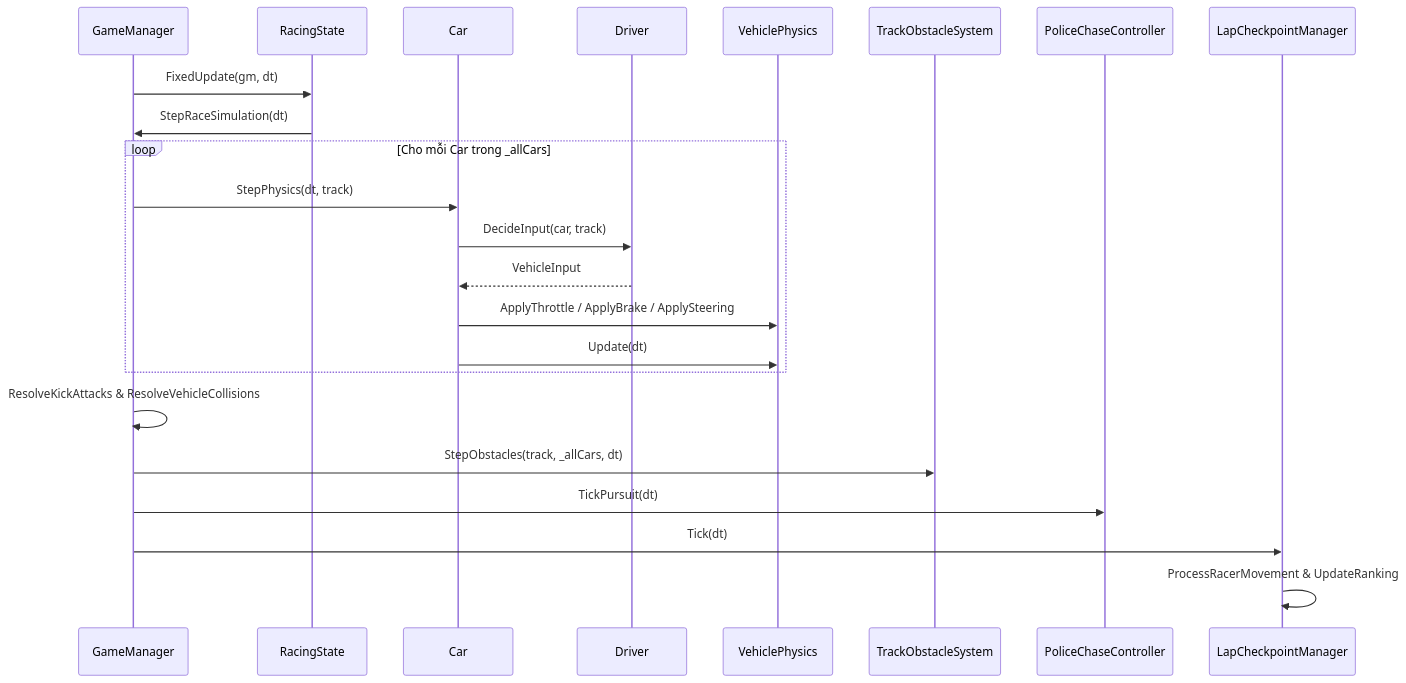
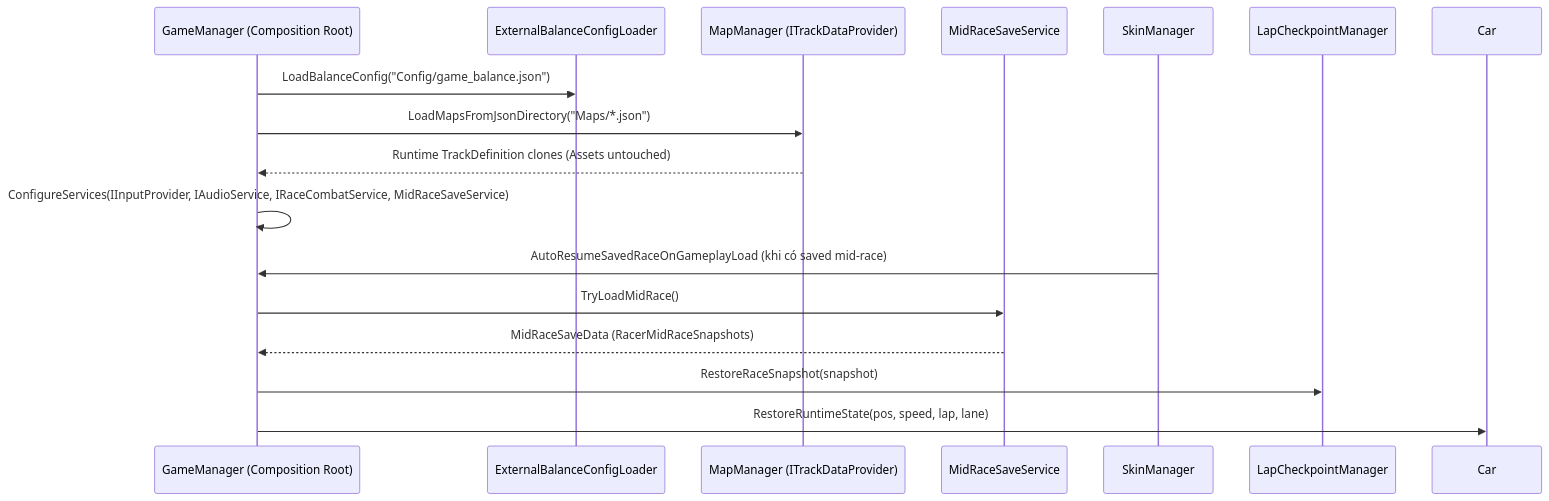
The third of 5 diagrams in Docs/TONG_HOP_THONG_TIN_SLIDE.md (tuongduongd/racing_2d), drawn with Mermaid before and after one commit. The commit also changed other lines of this file and 119 other files, not shown here.

Commit message:
feat(arch): extract pure C# core, add JSON data, mid-race save and synthwave BGM

````diff
--- a/Docs/TONG_HOP_THONG_TIN_SLIDE.md
+++ b/Docs/TONG_HOP_THONG_TIN_SLIDE.md
@@ -379,26 +279,19 @@
 ```mermaid
 sequenceDiagram
-    participant GM as GameManager
-    participant State as RacingState
-    participant Car as Car
-    participant Drv as Driver
-    participant Phys as VehiclePhysics
-    participant Obs as TrackObstacleSystem
-    participant Pol as PoliceChaseController
-    participant Lap as LapCheckpointManager
+    participant GM as GameManager (Composition Root)
+    participant CFG as ExternalBalanceConfigLoader
+    participant MAP as MapManager (ITrackDataProvider)
+    participant MRS as MidRaceSaveService
+    participant SK as SkinManager
+    participant LCM as LapCheckpointManager
 
-    GM->>State: FixedUpdate(gm, dt)
-    State->>GM: StepRaceSimulation(dt)
-    loop Cho mỗi Car trong _allCars
-        GM->>Car: StepPhysics(dt, track)
-        Car->>Drv: DecideInput(car, track)
-        Drv-->>Car: VehicleInput
-        Car->>Phys: ApplyThrottle / ApplyBrake / ApplySteering
-        Car->>Phys: Update(dt)
-    end
-    GM->>GM: ResolveKickAttacks & ResolveVehicleCollisions
-    GM->>Obs: StepObstacles(track, _allCars, dt)
-    GM->>Pol: TickPursuit(dt)
-    GM->>Lap: Tick(dt)
-    Lap->>Lap: ProcessRacerMovement & UpdateRanking
+    GM->>CFG: LoadBalanceConfig("Config/game_balance.json")
+    GM->>MAP: LoadMapsFromJsonDirectory("Maps/*.json")
+    MAP-->>GM: Runtime TrackDefinition clones (Assets untouched)
+    GM->>GM: ConfigureServices(IInputProvider, IAudioService, IRaceCombatService, MidRaceSaveService)
+    SK->>GM: AutoResumeSavedRaceOnGameplayLoad (khi có saved mid-race)
+    GM->>MRS: TryLoadMidRace()
+    MRS-->>GM: MidRaceSaveData (RacerMidRaceSnapshots)
+    GM->>LCM: RestoreRaceSnapshot(snapshot)
+    GM->>Car: RestoreRuntimeState(pos, speed, lap, lane)
 ```
````
